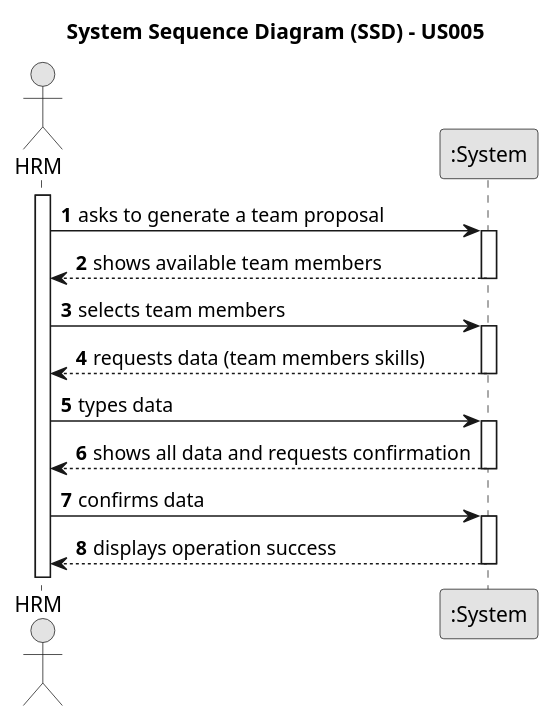
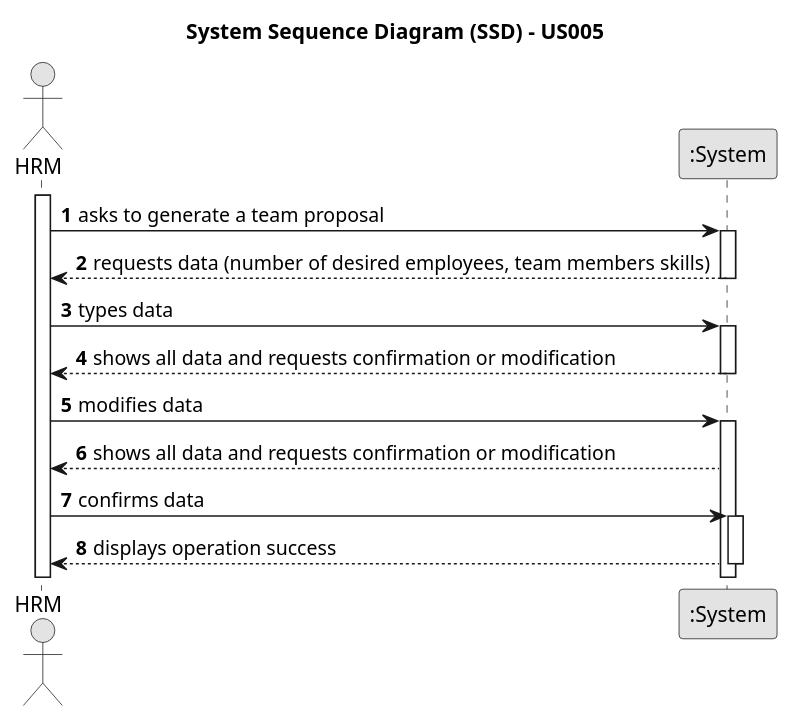
Before and after one commit to Departamento-de-Engenharia-Informatica/lei-24-s2-1do-g164: the diagram in docs/sprintA/us005/01.requirements-engineering/puml/us005-system-sequence-diagram-alternative-one.puml, drawn with PlantUML. The commit also changed 1 other file, not shown here.

```diff
--- a/docs/sprintA/us005/01.requirements-engineering/puml/us005-system-sequence-diagram-alternative-one.puml
+++ b/docs/sprintA/us005/01.requirements-engineering/puml/us005-system-sequence-diagram-alternative-one.puml
@@ -1,39 +1,40 @@
 @startuml
 skinparam monochrome true
 skinparam packageStyle rectangle
 skinparam shadowing false
 
 title System Sequence Diagram (SSD) - US005
 
 autonumber
 
 actor "HRM" as Employee
 participant ":System" as System
 
 activate Employee
 
     Employee -> System : asks to generate a team proposal
     activate System
 
-        System --> Employee : shows available team members
-    deactivate System
-
-    Employee -> System : selects team members
-    activate System
-
-        System --> Employee : requests data (team members skills)
+        System --> Employee : requests data (number of desired employees, team members skills)
     deactivate System
 
     Employee -> System : types data
     activate System
 
-        System --> Employee : shows all data and requests confirmation
+        System --> Employee : shows all data and requests confirmation or modification
     deactivate System
 
-    Employee -> System : confirms data
+    Employee -> System : modifies data
     activate System
 
-        System --> Employee : displays operation success
-    deactivate System
+        System --> Employee : shows all data and requests confirmation or modification
+
+       Employee -> System : confirms data
+        activate System
+
+            System --> Employee : displays operation success
+        deactivate System
+
+
 
 @enduml
```
